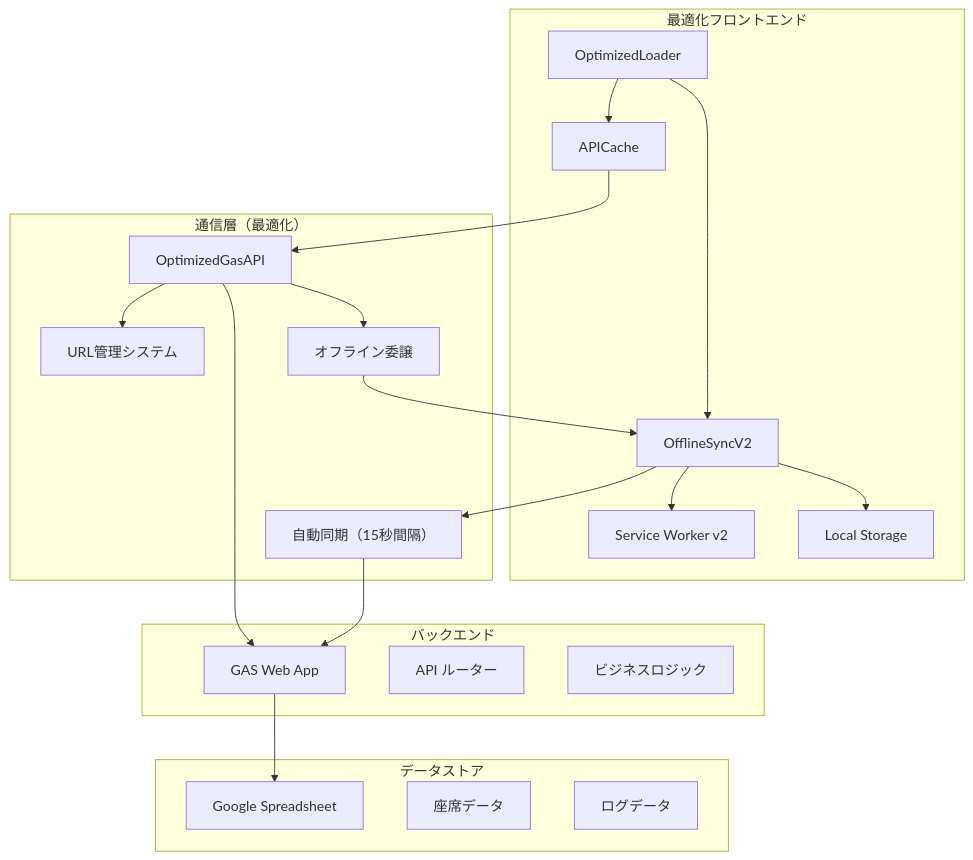
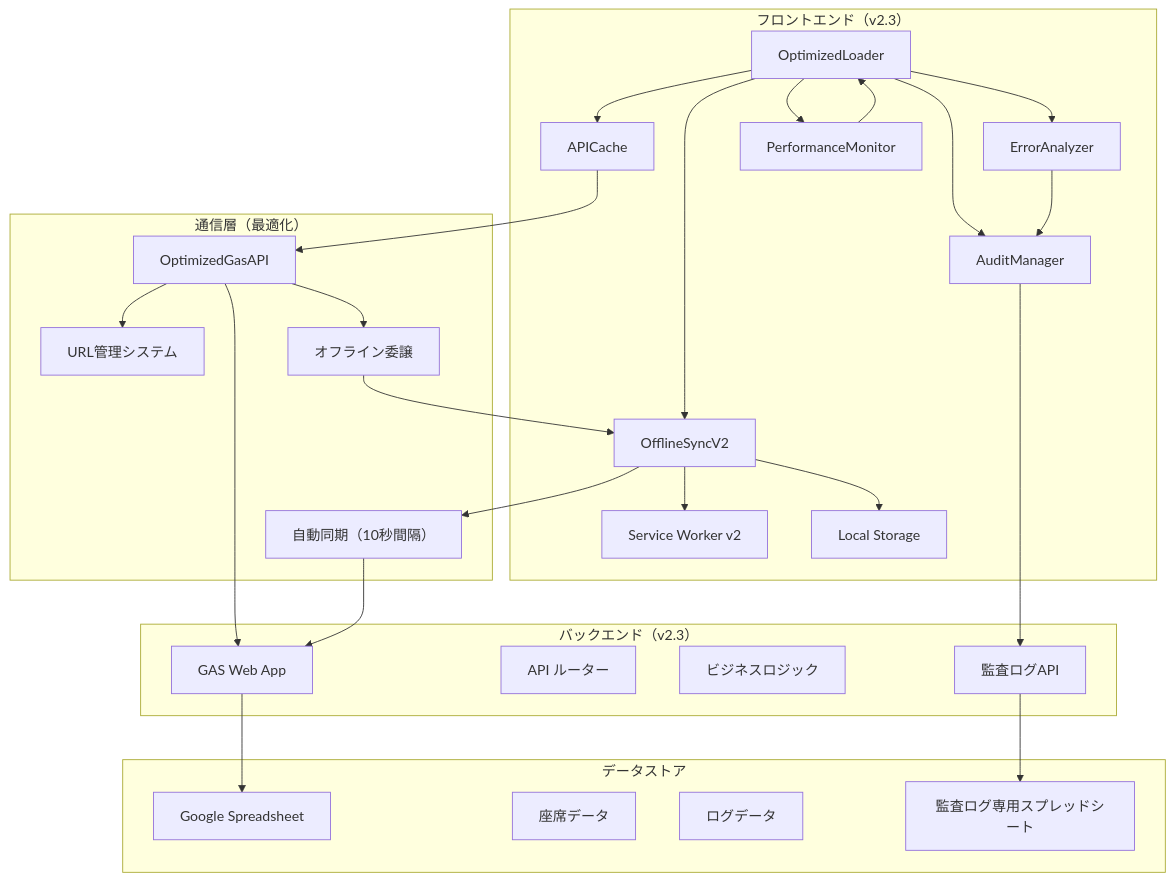
Before and after one commit to J105588/tickets-beta: the first of 13 diagrams in README.md, drawn with Mermaid. The commit also changed other lines of this file, not shown here.

````diff
--- a/README.md
+++ b/README.md
@@ -93,42 +124,54 @@
 ```mermaid
 graph TB
-  subgraph "最適化フロントエンド"
+  subgraph "フロントエンド（v2.3）"
     A[OptimizedLoader]
     B[OfflineSyncV2]
     C[Service Worker v2]
     D[APICache]
     E[Local Storage]
+    F[AuditManager]
+    G[ErrorAnalyzer]
+    H[PerformanceMonitor]
   end
   
   subgraph "通信層（最適化）"
-    F[OptimizedGasAPI]
-    G[URL管理システム]
-    H[オフライン委譲]
-    I[自動同期（15秒間隔）]
+    I[OptimizedGasAPI]
+    J[URL管理システム]
+    K[オフライン委譲]
+    L[自動同期（10秒間隔）]
   end
   
-  subgraph "バックエンド"
-    J[GAS Web App]
-    K[API ルーター]
-    L[ビジネスロジック]
+  subgraph "バックエンド（v2.3）"
+    M[GAS Web App]
+    N[API ルーター]
+    O[ビジネスロジック]
+    P[監査ログAPI]
   end
   
   subgraph "データストア"
-    M[Google Spreadsheet]
-    N[座席データ]
-    O[ログデータ]
+    Q[Google Spreadsheet]
+    R[座席データ]
+    S[ログデータ]
+    T[監査ログ専用スプレッドシート]
   end
   
   A --> B
   A --> D
+  A --> F
+  A --> G
+  A --> H
   B --> C
   B --> E
-  D --> F
-  F --> G
-  F --> H
-  H --> B
-  F --> J
-  J --> M
-  B --> I
+  D --> I
   I --> J
+  I --> K
+  K --> B
+  I --> M
+  M --> Q
+  F --> P
+  P --> T
+  B --> L
+  L --> M
+  G --> F
+  H --> A
 ```
````
